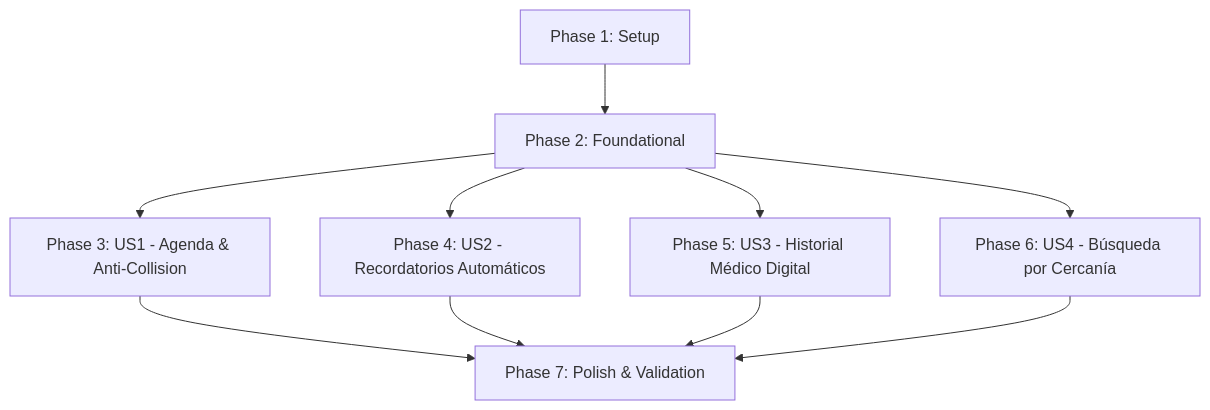
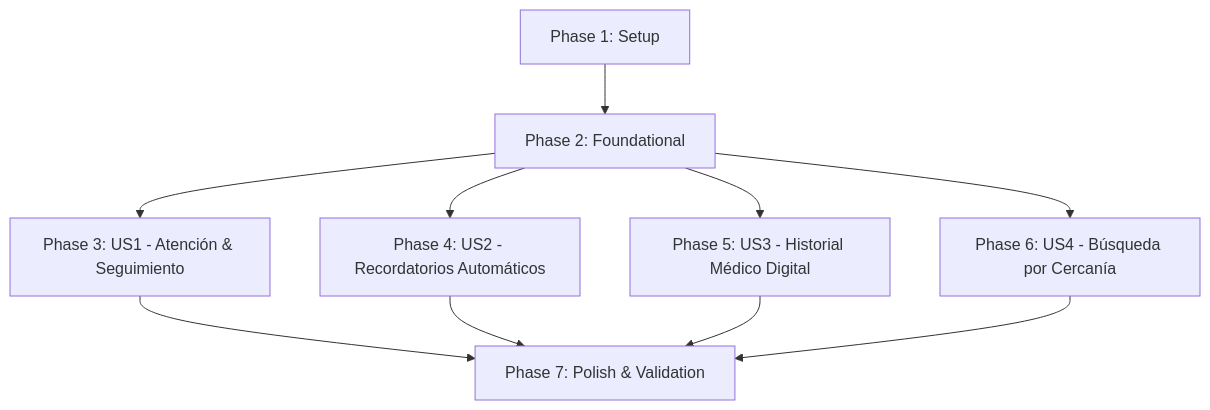
Before and after one commit to ERIKAALE1998/Petpocket: the diagram in specs/001-petpocket-mvp/tasks.md, drawn with Mermaid. The commit also changed other lines of this file and 7 other files, not shown here.

````diff
--- a/specs/001-petpocket-mvp/tasks.md
+++ b/specs/001-petpocket-mvp/tasks.md
@@ -143,12 +140,12 @@
 ```mermaid
 graph TD
     Phase1[Phase 1: Setup] --> Phase2[Phase 2: Foundational]
-    Phase2 --> US1[Phase 3: US1 - Agenda & Anti-Collision]
+    Phase2 --> US1[Phase 3: US1 - Atención & Seguimiento]
     Phase2 --> US2[Phase 4: US2 - Recordatorios Automáticos]
     Phase2 --> US3[Phase 5: US3 - Historial Médico Digital]
     Phase2 --> US4[Phase 6: US4 - Búsqueda por Cercanía]
     US1 --> Polish[Phase 7: Polish & Validation]
     US2 --> Polish
     US3 --> Polish
     US4 --> Polish
 ```
````
